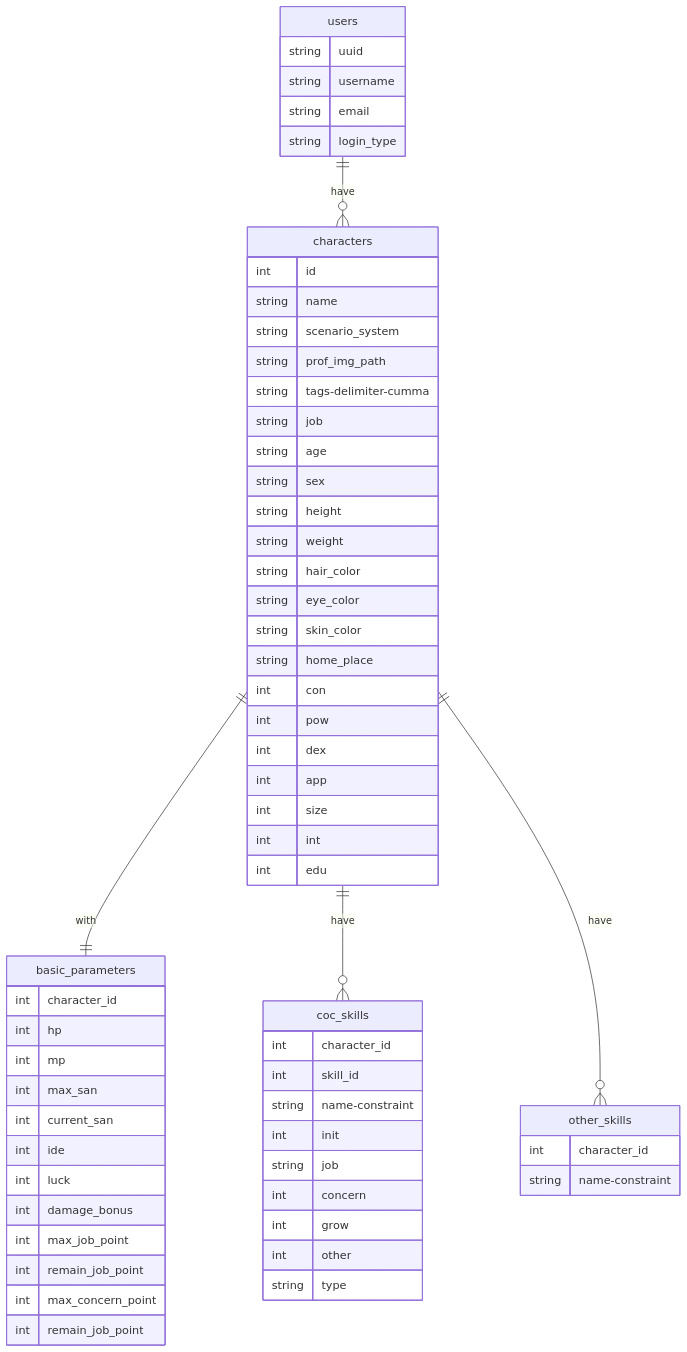
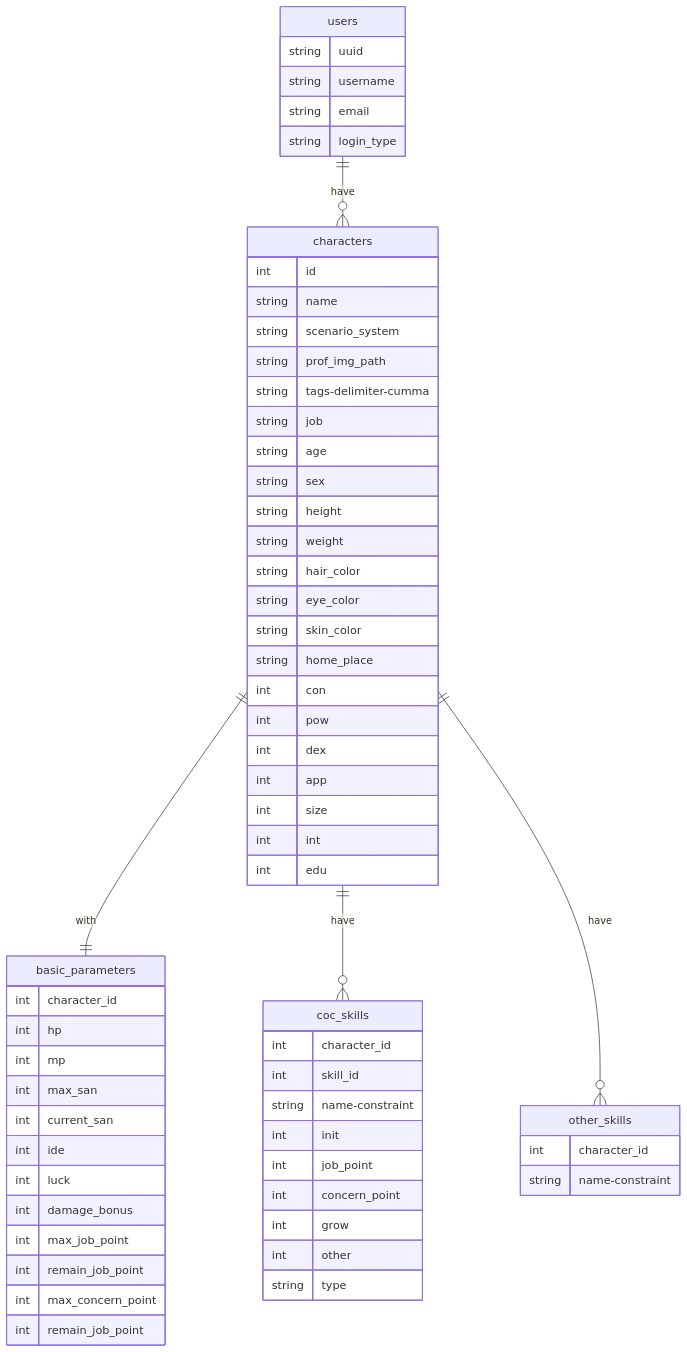
The diagram in docs/enthithi.md (kitsystemyou/character-manager-backend), drawn with Mermaid before and after one commit.

````diff
--- a/docs/enthithi.md
+++ b/docs/enthithi.md
@@ -2,72 +2,72 @@
 ```mermaid
 erDiagram
 
 users ||--o{ characters : have
 characters ||--|| basic_parameters : with
 characters ||--o{ coc_skills : have
 characters ||--o{ other_skills : have
 
 users {
   string uuid
   string username
   string email
   string login_type
 }
 
 characters {
   int id
   string name
   string scenario_system
   string prof_img_path
   string tags-delimiter-cumma
   string job
   string age
   string sex
   string height
   string weight
   string hair_color
   string eye_color
   string skin_color
   string home_place
   int con
   int pow
   int dex
   int app
   int size
   int int
   int edu
 }
 
 basic_parameters {
     int character_id
     int hp
     int mp
     int max_san
     int current_san
     int ide
     int luck
     int damage_bonus
     int max_job_point
     int remain_job_point
     int max_concern_point
     int remain_job_point
 }
 
 coc_skills {
   int character_id
   int skill_id
   string name-constraint
   int init
-  string job
-  int concern
+  int job_point
+  int concern_point
   int grow
   int other
   string type
 }
 
 other_skills {
     int character_id
     string name-constraint
 }
 
 ```
````
